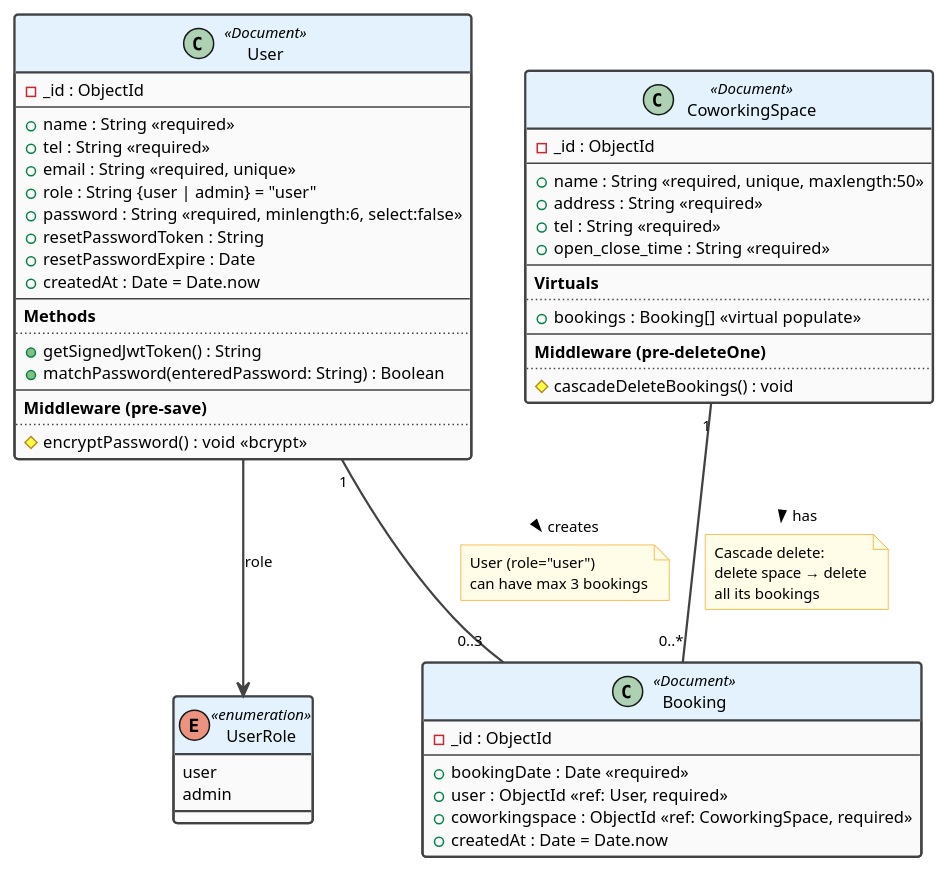
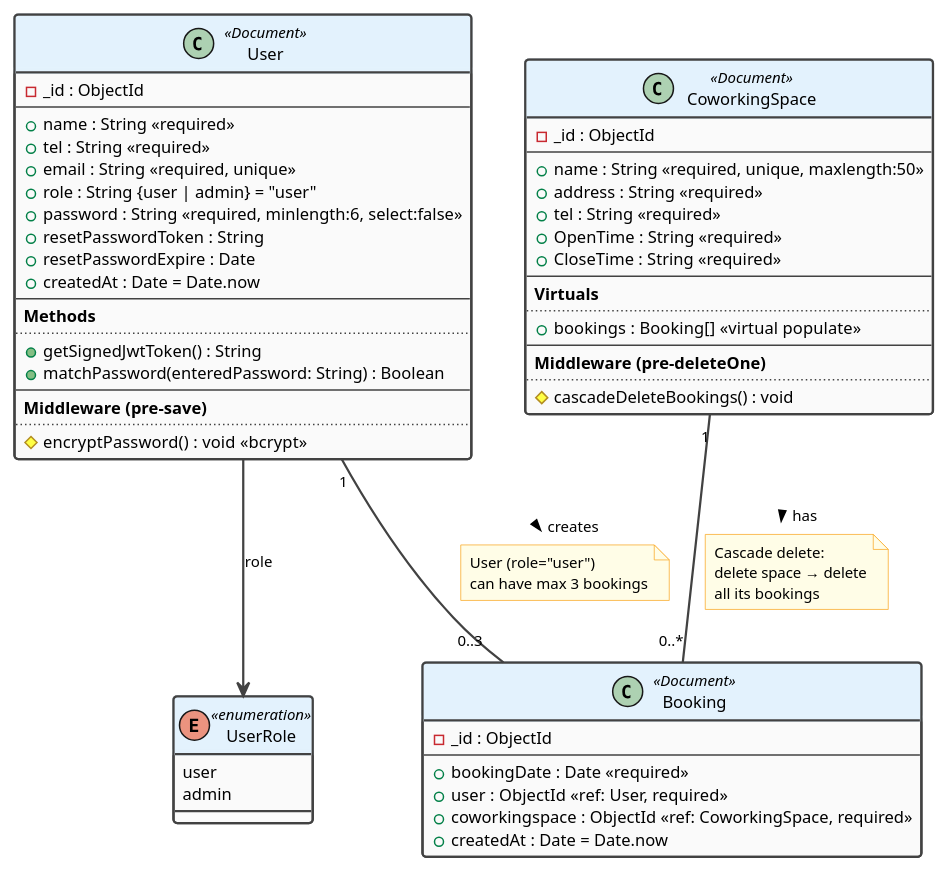
Before and after one commit to 2110503-CEDT68/be-project-68-cucode: the diagram in docs/class-diagram.puml, drawn with PlantUML. The commit also changed 1 other file, not shown here.

Commit message:
Fix class-diagram uml

```diff
--- a/docs/class-diagram.puml
+++ b/docs/class-diagram.puml
@@ -1,111 +1,112 @@
 @startuml Coworking_Space_Class_Diagram
 
 ' ========================================================
 '  Coworking Space Booking System — Class Diagram
 '  (UML Profile for Mongoose Models)
 '  Project : be-project-68-cucode
 '  Date    : March 2026
 ' ========================================================
 
 skinparam backgroundColor #FFFFFF
 skinparam shadowing false
 skinparam defaultFontName "Arial"
 skinparam defaultFontSize 12
 
 skinparam class {
     BackgroundColor #FAFAFA
     BorderColor #424242
     HeaderBackgroundColor #E3F2FD
     HeaderFontColor #0D47A1
     FontSize 12
     AttributeFontSize 11
     StereotypeFontSize 10
     BorderThickness 1.5
 }
 
 skinparam arrow {
     Color #424242
     FontSize 10
     Thickness 1.5
 }
 
 skinparam note {
     BackgroundColor #FFFDE7
     BorderColor #F9A825
     FontSize 10
 }
 
 ' ───────── Class: User ─────────
 class User <<Document>> {
     - _id : ObjectId
     --
     + name : String <<required>>
     + tel : String <<required>>
     + email : String <<required, unique>>
     + role : String {user | admin} = "user"
     + password : String <<required, minlength:6, select:false>>
     + resetPasswordToken : String
     + resetPasswordExpire : Date
     + createdAt : Date = Date.now
     --
     **Methods**
     ..
     + getSignedJwtToken() : String
     + matchPassword(enteredPassword: String) : Boolean
     --
     **Middleware (pre-save)**
     ..
     # encryptPassword() : void  <<bcrypt>>
 }
 
 ' ───────── Class: CoworkingSpace ─────────
 class CoworkingSpace <<Document>> {
     - _id : ObjectId
     --
     + name : String <<required, unique, maxlength:50>>
     + address : String <<required>>
     + tel : String <<required>>
-    + open_close_time : String <<required>>
+    + OpenTime : String <<required>>
+    + CloseTime : String <<required>>
     --
     **Virtuals**
     ..
     + bookings : Booking[]  <<virtual populate>>
     --
     **Middleware (pre-deleteOne)**
     ..
     # cascadeDeleteBookings() : void
 }
 
 ' ───────── Class: Booking ─────────
 class Booking <<Document>> {
     - _id : ObjectId
     --
     + bookingDate : Date <<required>>
     + user : ObjectId <<ref: User, required>>
     + coworkingspace : ObjectId <<ref: CoworkingSpace, required>>
     + createdAt : Date = Date.now
 }
 
 ' ───────── Relationships ─────────
 User "1" -- "0..3" Booking : creates >
 note on link
   User (role="user")
   can have max 3 bookings
 end note
 
 CoworkingSpace "1" -- "0..*" Booking : has >
 note on link
   Cascade delete:
   delete space → delete
   all its bookings
 end note
 
 ' ───────── Enum ─────────
 enum UserRole <<enumeration>> {
     user
     admin
 }
 
 User --> UserRole : role
 
 @enduml
```
